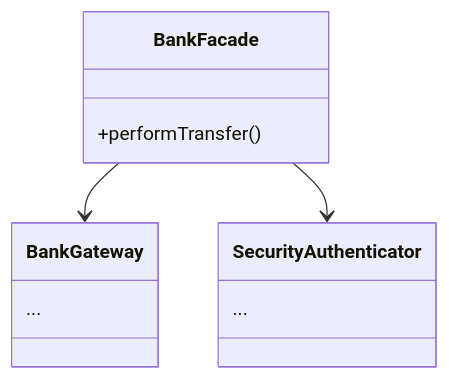
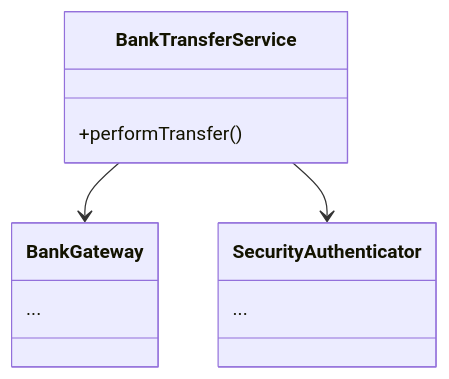
Diagram 11 of 11 in kindle/design-patterns/output/chapter02.md (kumachan1101-pixel/DesignPattern), drawn with Mermaid before and after one commit. The commit also changed other lines of this file, not shown here.

````diff
--- a/kindle/design-patterns/output/chapter02.md
+++ b/kindle/design-patterns/output/chapter02.md
@@ -1354,11 +1356,11 @@
 ```mermaid
 classDiagram
-    class BankFacade {
+    class BankTransferService {
         +performTransfer()
     }
     class BankGateway { ... }
     class SecurityAuthenticator { ... }
-    BankFacade --> BankGateway
-    BankFacade --> SecurityAuthenticator
+    BankTransferService --> BankGateway
+    BankTransferService --> SecurityAuthenticator
 
 ```
````
